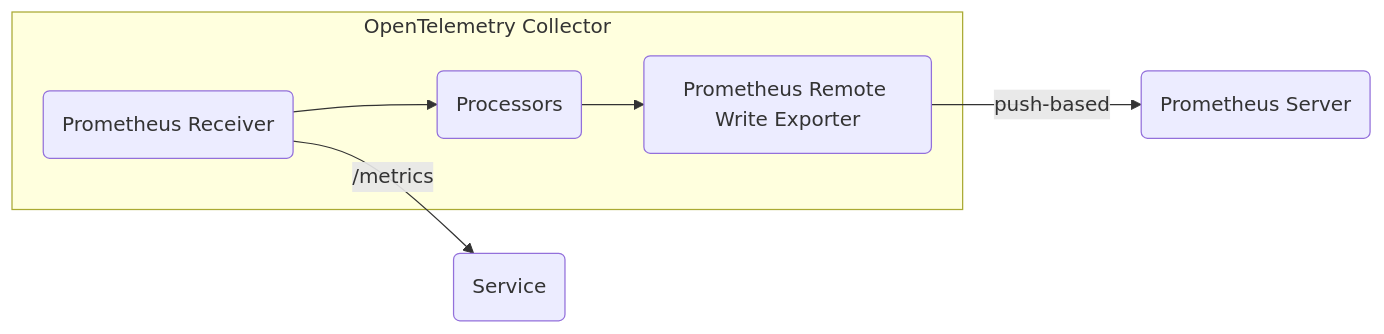
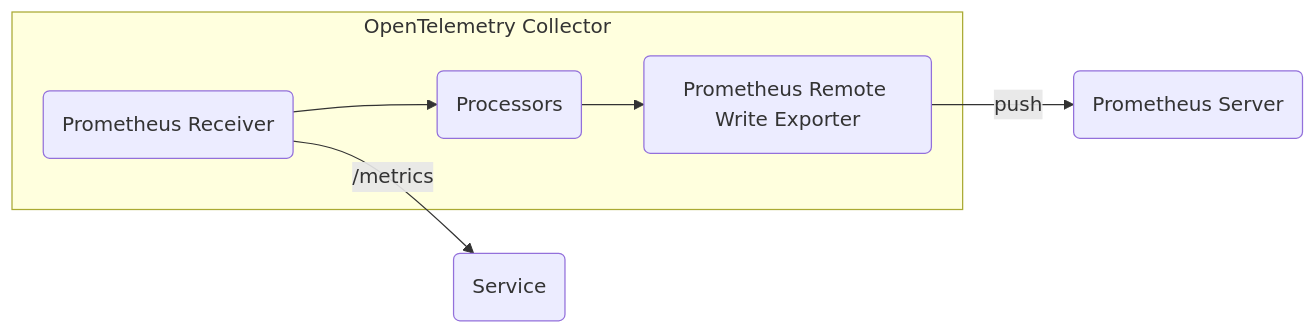
The third of 7 diagrams in 05-collecting-prometheus-metrics.md (pavolloffay/kubecon-na-2023-opentelemetry-kubernetes-metrics-tutorial), drawn with Mermaid before and after one commit. The commit also changed other lines of this file, not shown here.

Commit message:
Add Mermaid flowcharts

````diff
--- a/05-collecting-prometheus-metrics.md
+++ b/05-collecting-prometheus-metrics.md
@@ -156,15 +156,16 @@
 ```mermaid
+
 graph LR;
   svc(Service)
   subgraph OpenTelemetry Collector
     pr(Prometheus Receiver)
     pros(Processors)
     prw(Prometheus Remote Write Exporter)
   end
   prom(Prometheus Server)
 
   pr -->| /metrics | svc;
   pr --> pros;
   pros --> prw;
-  prw --> |push-based |prom;
+  prw --> |push |prom;
 ```
````
